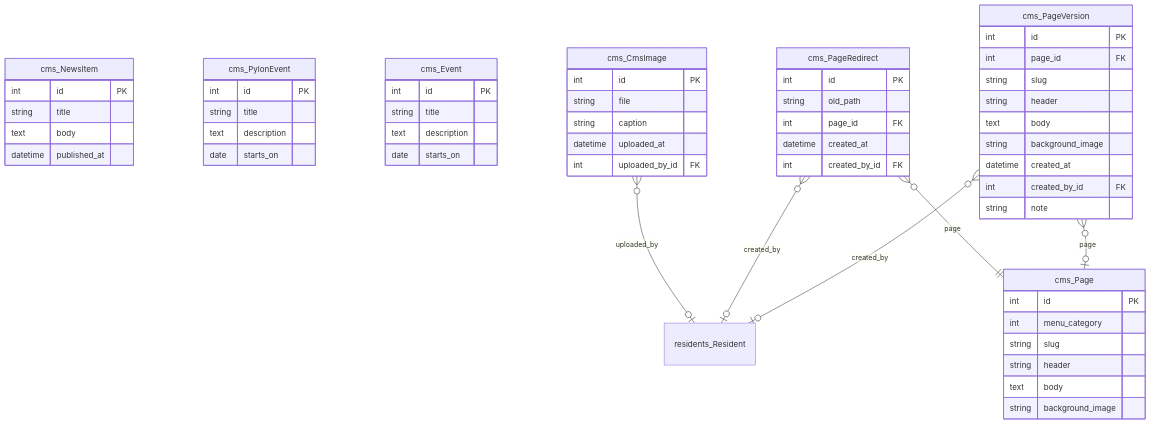
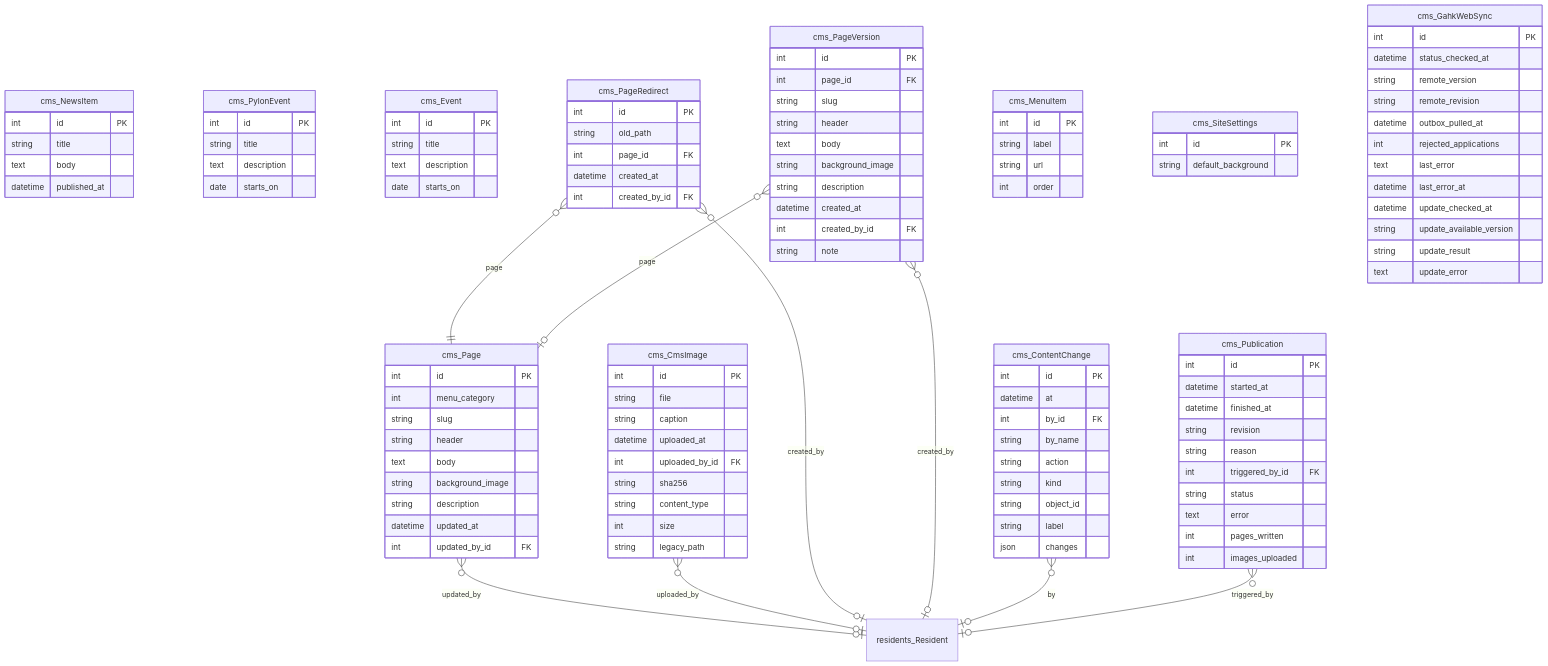
One commit to GAHK-org/gahk_intern changed the fifth of 18 diagrams in docs/erd.md. Above: the diagram before and after it, drawn with Mermaid. The commit also changed other lines of this file and 56 other files, not shown here.

````diff
--- a/docs/erd.md
+++ b/docs/erd.md
@@ -1163,6 +1228,9 @@
         string header
         text body
         string background_image
+        string description
+        datetime updated_at
+        int updated_by_id FK
     }
 
     cms_NewsItem {
@@ -1192,6 +1260,10 @@
         string caption
         datetime uploaded_at
         int uploaded_by_id FK
+        string sha256
+        string content_type
+        int size
+        string legacy_path
     }
 
     cms_PageRedirect {
@@ -1209,16 +1281,72 @@
         string header
         text body
         string background_image
+        string description
         datetime created_at
         int created_by_id FK
         string note
     }
 
+    cms_MenuItem {
+        int id PK
+        string label
+        string url
+        int order
+    }
+
+    cms_SiteSettings {
+        int id PK
+        string default_background
+    }
+
+    cms_ContentChange {
+        int id PK
+        datetime at
+        int by_id FK
+        string by_name
+        string action
+        string kind
+        string object_id
+        string label
+        json changes
+    }
+
+    cms_Publication {
+        int id PK
+        datetime started_at
+        datetime finished_at
+        string revision
+        string reason
+        int triggered_by_id FK
+        string status
+        text error
+        int pages_written
+        int images_uploaded
+    }
+
+    cms_GahkWebSync {
+        int id PK
+        datetime status_checked_at
+        string remote_version
+        string remote_revision
+        datetime outbox_pulled_at
+        int rejected_applications
+        text last_error
+        datetime last_error_at
+        datetime update_checked_at
+        string update_available_version
+        string update_result
+        text update_error
+    }
+
     residents_Resident { }
 
+    cms_Page }o--|o residents_Resident : "updated_by"
     cms_CmsImage }o--|o residents_Resident : "uploaded_by"
     cms_PageRedirect }o--|| cms_Page : "page"
     cms_PageRedirect }o--|o residents_Resident : "created_by"
     cms_PageVersion }o--|o cms_Page : "page"
     cms_PageVersion }o--|o residents_Resident : "created_by"
+    cms_ContentChange }o--|o residents_Resident : "by"
+    cms_Publication }o--|o residents_Resident : "triggered_by"
 ```
````
